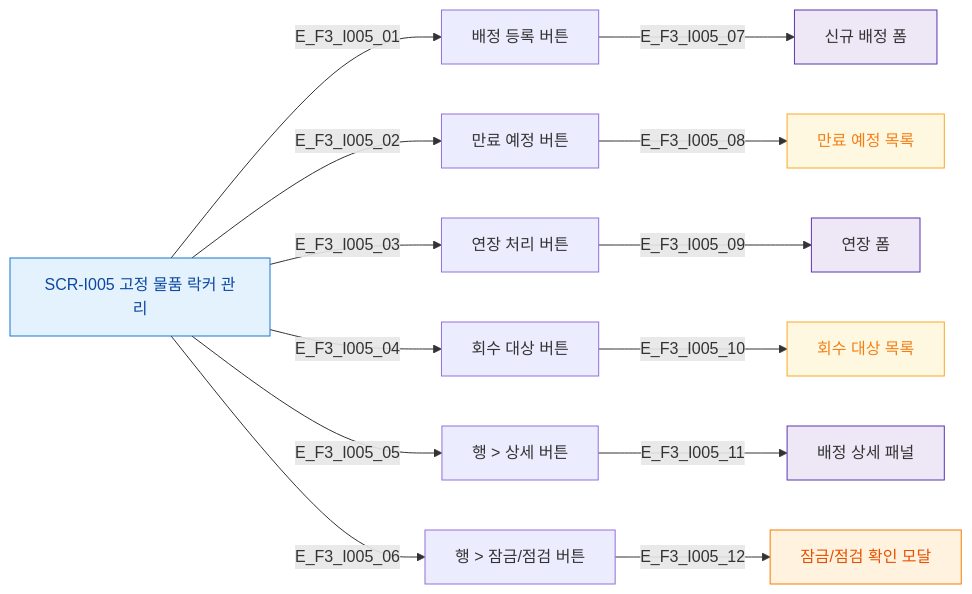
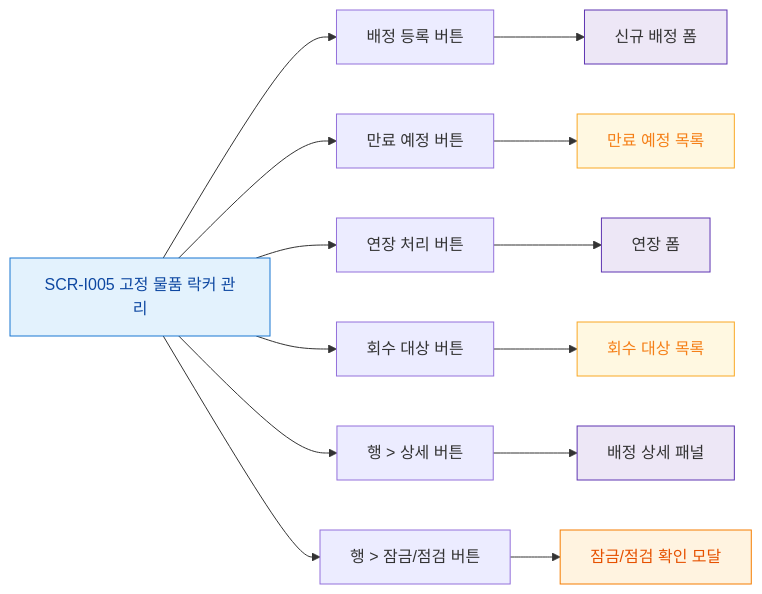
The diagram in docs/다이어그램/D11_통합운영/SCR-I005_고정물품락커관리/F3_버튼액션.md (dev-spogym/admin-pando), drawn with Mermaid before and after one commit. The commit also changed other lines of this file and 1660 other files, not shown here.

First line of the commit message:
다이어그램: 기획자/클라이언트 납품본으로 정리

````diff
--- a/docs/다이어그램/D11_통합운영/SCR-I005_고정물품락커관리/F3_버튼액션.md
+++ b/docs/다이어그램/D11_통합운영/SCR-I005_고정물품락커관리/F3_버튼액션.md
@@ -16,27 +14,27 @@
 ```mermaid
 flowchart LR
     SCR_I005[SCR-I005 고정 물품 락커 관리]
 
-    SCR_I005 -->|E_F3_I005_01| BTN_NEW[배정 등록 버튼]
-    SCR_I005 -->|E_F3_I005_02| BTN_EXPIRE[만료 예정 버튼]
-    SCR_I005 -->|E_F3_I005_03| BTN_EXTEND[연장 처리 버튼]
-    SCR_I005 -->|E_F3_I005_04| BTN_RECLAIM[회수 대상 버튼]
-    SCR_I005 -->|E_F3_I005_05| ROW_DETAIL[행 > 상세 버튼]
-    SCR_I005 -->|E_F3_I005_06| ROW_LOCK[행 > 잠금/점검 버튼]
+    SCR_I005 --> BTN_NEW[배정 등록 버튼]
+    SCR_I005 --> BTN_EXPIRE[만료 예정 버튼]
+    SCR_I005 --> BTN_EXTEND[연장 처리 버튼]
+    SCR_I005 --> BTN_RECLAIM[회수 대상 버튼]
+    SCR_I005 --> ROW_DETAIL[행 > 상세 버튼]
+    SCR_I005 --> ROW_LOCK[행 > 잠금/점검 버튼]
 
-    BTN_NEW -->|E_F3_I005_07| FORM_NEW[신규 배정 폼]
-    BTN_EXPIRE -->|E_F3_I005_08| LIST_EXPIRE[만료 예정 목록]
-    BTN_EXTEND -->|E_F3_I005_09| FORM_EXTEND[연장 폼]
-    BTN_RECLAIM -->|E_F3_I005_10| LIST_RECLAIM[회수 대상 목록]
-    ROW_DETAIL -->|E_F3_I005_11| PANEL_DETAIL[배정 상세 패널]
-    ROW_LOCK -->|E_F3_I005_12| DLG_LOCK[잠금/점검 확인 모달]
+    BTN_NEW --> FORM_NEW[신규 배정 폼]
+    BTN_EXPIRE --> LIST_EXPIRE[만료 예정 목록]
+    BTN_EXTEND --> FORM_EXTEND[연장 폼]
+    BTN_RECLAIM --> LIST_RECLAIM[회수 대상 목록]
+    ROW_DETAIL --> PANEL_DETAIL[배정 상세 패널]
+    ROW_LOCK --> DLG_LOCK[잠금/점검 확인 모달]
 
-    classDef screen       fill:#E3F2FD,stroke:#1976D2,color:#0D47A1
-    classDef modal        fill:#FFF3E0,stroke:#F57C00,color:#E65100
-    classDef system       fill:#EDE7F6,stroke:#5E35B2
-    classDef warning      fill:#FFF8E1,stroke:#F9A825,color:#F57F17
+    classDef screen fill:#E3F2FD,stroke:#1976D2,color:#0D47A1
+    classDef modal fill:#FFF3E0,stroke:#F57C00,color:#E65100
+    classDef system fill:#EDE7F6,stroke:#5E35B2
+    classDef warning fill:#FFF8E1,stroke:#F9A825,color:#F57F17
     class SCR_I005 screen
     class DLG_LOCK modal
     class FORM_NEW,FORM_EXTEND,PANEL_DETAIL system
     class LIST_EXPIRE,LIST_RECLAIM warning
 ```
````
